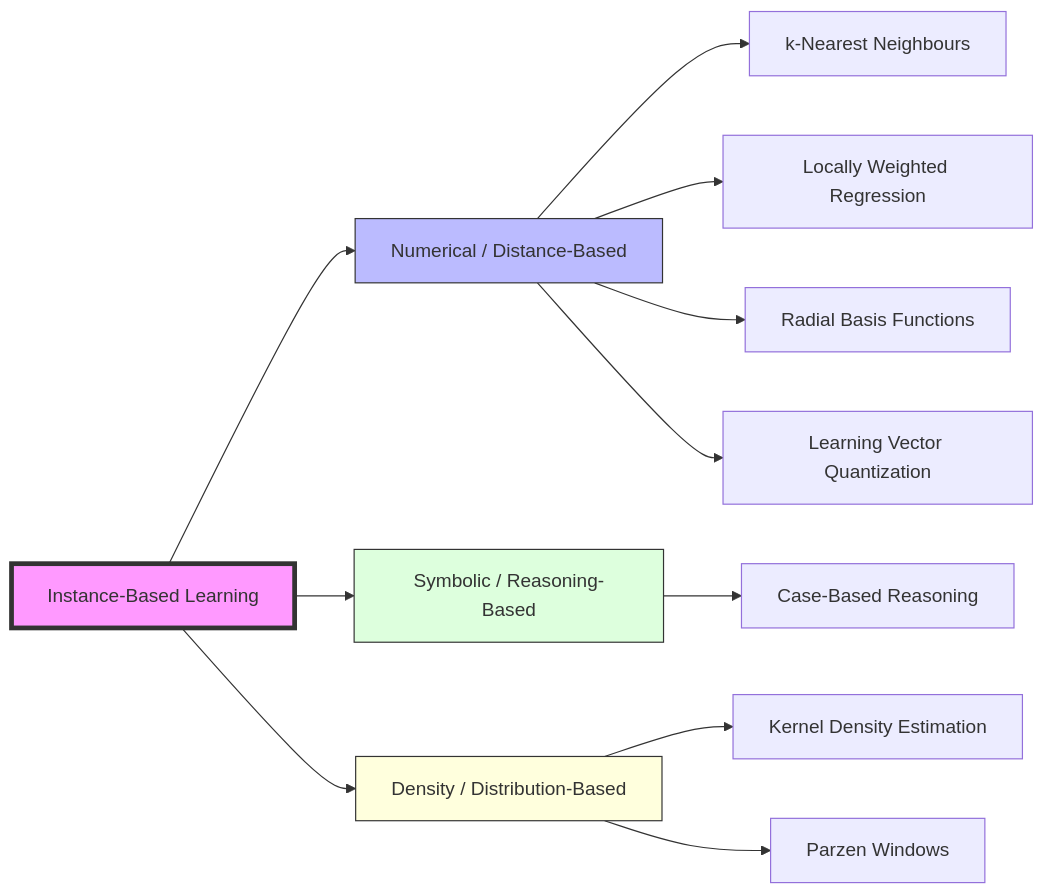
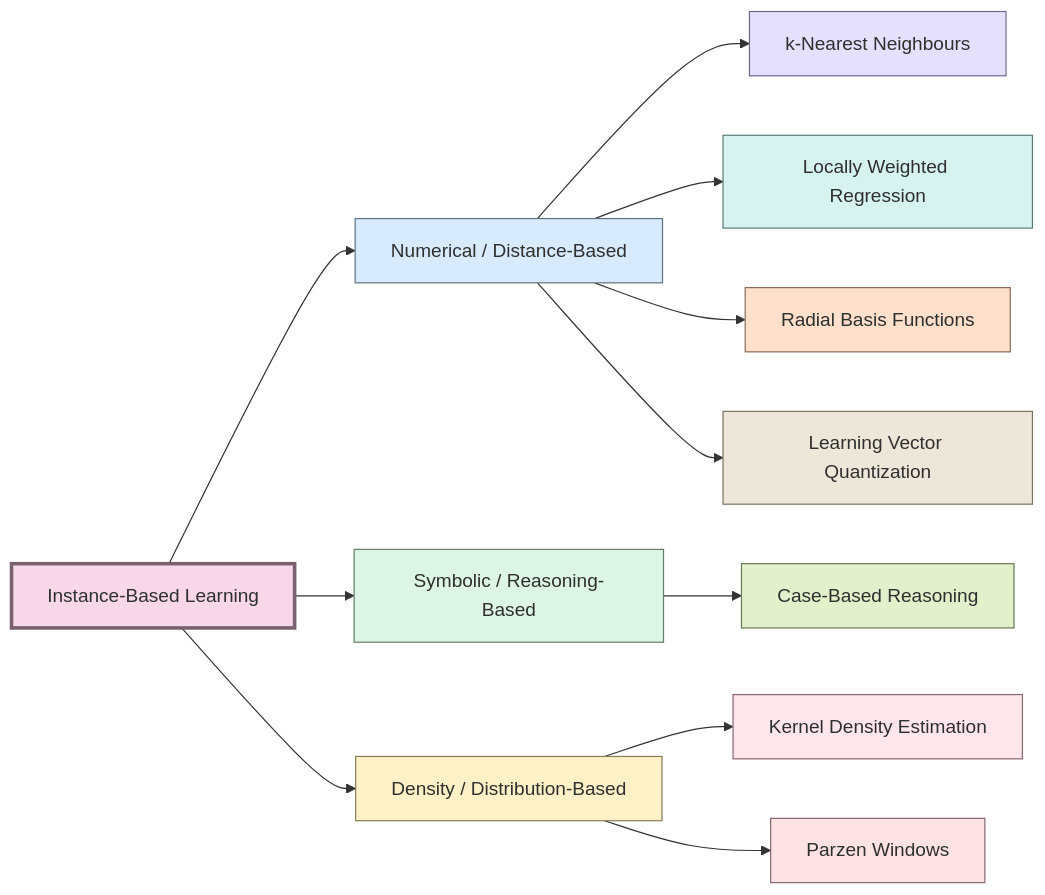
The first of 4 diagrams in content/docs/ai/machine-learning/06-instance-based-learning.md (arshadhs/arshadhs.github.io), drawn with Mermaid before and after one commit. The commit also changed other lines of this file and 1 other file, not shown here.

```diff
--- a/content/docs/ai/machine-learning/06-instance-based-learning.md
+++ b/content/docs/ai/machine-learning/06-instance-based-learning.md
@@ -42,28 +40,35 @@
 {{< mermaid >}}
 graph LR
     IBL[Instance-Based Learning]
     
     %% Main Branches
     IBL --> Numeric[Numerical / Distance-Based]
     IBL --> Symbolic[Symbolic / Reasoning-Based]
     IBL --> Density[Density / Distribution-Based]
     
     %% Numerical Examples
     Numeric --> KNN[k-Nearest Neighbours]
     Numeric --> LWR[Locally Weighted Regression]
     Numeric --> RBF[Radial Basis Functions]
     Numeric --> LVQ[Learning Vector Quantization]
     
     %% Symbolic Examples
     Symbolic --> CBR[Case-Based Reasoning]
     
     %% Density Examples
     Density --> KDE[Kernel Density Estimation]
     Density --> PW[Parzen Windows]
-    
-    %% Styling
-    style IBL fill:#f9f,stroke:#333,stroke-width:4px
-    style Numeric fill:#bbf,stroke:#333
-    style Symbolic fill:#dfd,stroke:#333
-    style Density fill:#ffd,stroke:#333
+
+    %% Pastel Styling
+    style IBL fill:#F8D7E8,stroke:#7A6170,stroke-width:3px,color:#2F2F2F
+    style Numeric fill:#D8EAFE,stroke:#5E7084,color:#2F2F2F
+    style Symbolic fill:#DDF5E4,stroke:#637A68,color:#2F2F2F
+    style Density fill:#FFF1C7,stroke:#8A7A54,color:#2F2F2F
+    style KNN fill:#E6E0FF,stroke:#6F6690,color:#2F2F2F
+    style LWR fill:#D7F3F0,stroke:#5B7D7A,color:#2F2F2F
+    style RBF fill:#FFE0CC,stroke:#8B6A58,color:#2F2F2F
+    style LVQ fill:#EDE7D9,stroke:#7B7062,color:#2F2F2F
+    style CBR fill:#E2F0CB,stroke:#687A55,color:#2F2F2F
+    style KDE fill:#FFE5EC,stroke:#8A6570,color:#2F2F2F
+    style PW fill:#FDE2E4,stroke:#8A6570,color:#2F2F2F
 {{< /mermaid >}}
```
